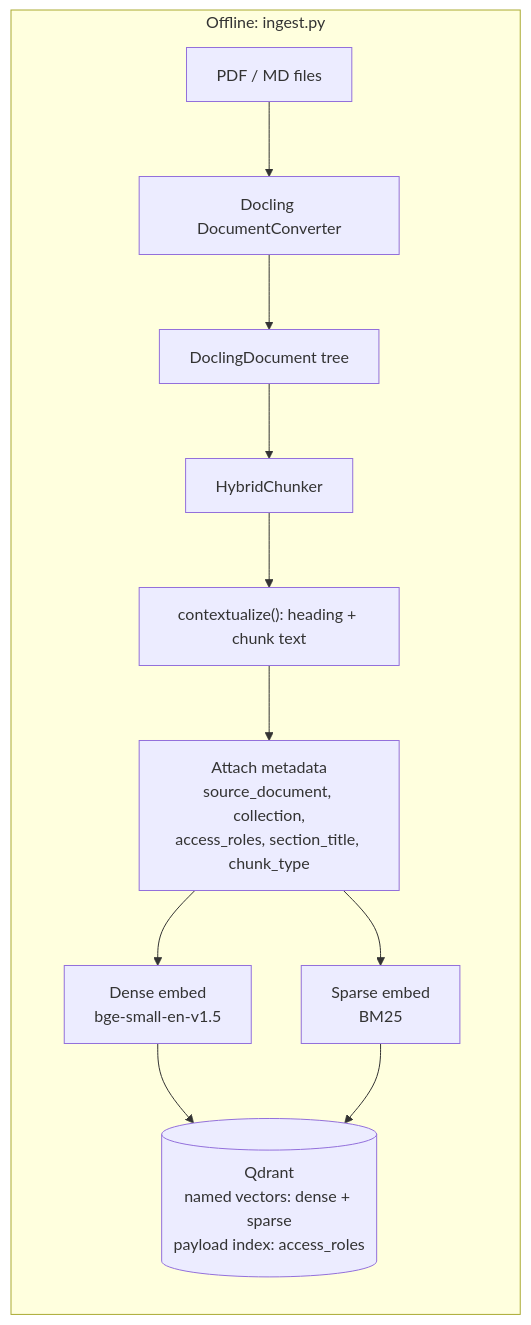
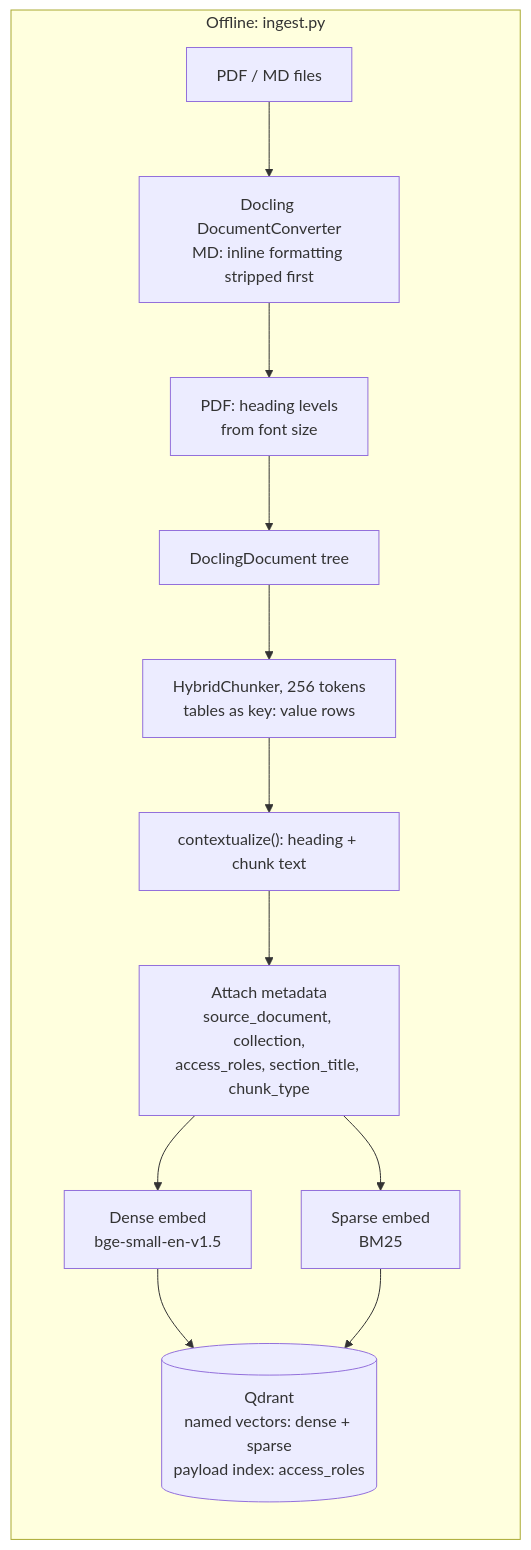
One commit to Nainagerwani07/medibot-advanced-rag changed the first of 2 diagrams in docs/ARCHITECTURE.md. Above: the diagram before and after it, drawn with Mermaid. The commit also changed other lines of this file and 14 other files, not shown here.

First line of the commit message:
feat: Day 3 heading-level fix, HybridChunker chunking and chunk metadata

````diff
--- a/docs/ARCHITECTURE.md
+++ b/docs/ARCHITECTURE.md
@@ -12,14 +12,15 @@
 ```mermaid
 flowchart LR
     subgraph OFFLINE["Offline: ingest.py"]
-        A[PDF / MD files] --> B[Docling DocumentConverter]
-        B --> C[DoclingDocument tree]
-        C --> D[HybridChunker]
+        A[PDF / MD files] --> B[Docling DocumentConverter<br/>MD: inline formatting stripped first]
+        B --> B2[PDF: heading levels<br/>from font size]
+        B2 --> C[DoclingDocument tree]
+        C --> D[HybridChunker, 256 tokens<br/>tables as key: value rows]
         D --> E["contextualize(): heading + chunk text"]
         E --> F[Attach metadata<br/>source_document, collection,<br/>access_roles, section_title, chunk_type]
         F --> G1[Dense embed<br/>bge-small-en-v1.5]
         F --> G2[Sparse embed<br/>BM25]
         G1 --> Q[(Qdrant<br/>named vectors: dense + sparse<br/>payload index: access_roles)]
         G2 --> Q
     end
 ```
````
